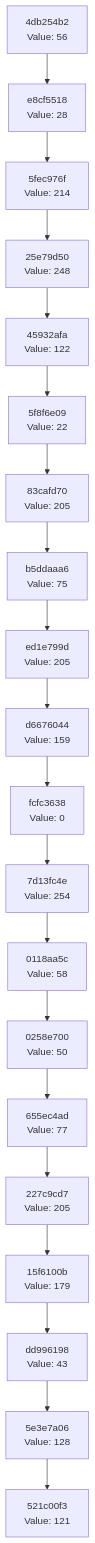
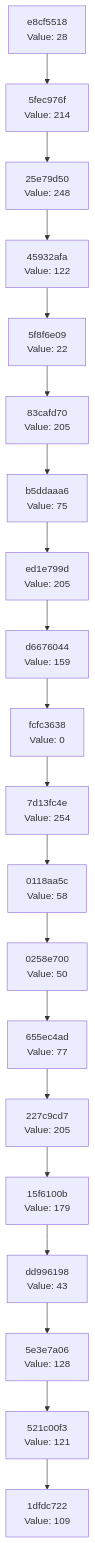
Before and after one commit to Abhisheksinha1506/hash-chain-evolver: the diagram in docs/CHAIN_VISUALIZATION.md, drawn with Mermaid. The commit also changed 2 other files, not shown here.

Commit message:
Evolution Step

````diff
--- a/docs/CHAIN_VISUALIZATION.md
+++ b/docs/CHAIN_VISUALIZATION.md
@@ -3,42 +3,42 @@
 ```mermaid
 graph TD
-    C0["521c00f3<br/>Value: 121"]
-    C1["5e3e7a06<br/>Value: 128"]
+    C0["1dfdc722<br/>Value: 109"]
+    C1["521c00f3<br/>Value: 121"]
     C1 --> C0
-    C2["dd996198<br/>Value: 43"]
+    C2["5e3e7a06<br/>Value: 128"]
     C2 --> C1
-    C3["15f6100b<br/>Value: 179"]
+    C3["dd996198<br/>Value: 43"]
     C3 --> C2
-    C4["227c9cd7<br/>Value: 205"]
+    C4["15f6100b<br/>Value: 179"]
     C4 --> C3
-    C5["655ec4ad<br/>Value: 77"]
+    C5["227c9cd7<br/>Value: 205"]
     C5 --> C4
-    C6["0258e700<br/>Value: 50"]
+    C6["655ec4ad<br/>Value: 77"]
     C6 --> C5
-    C7["0118aa5c<br/>Value: 58"]
+    C7["0258e700<br/>Value: 50"]
     C7 --> C6
-    C8["7d13fc4e<br/>Value: 254"]
+    C8["0118aa5c<br/>Value: 58"]
     C8 --> C7
-    C9["fcfc3638<br/>Value: 0"]
+    C9["7d13fc4e<br/>Value: 254"]
     C9 --> C8
-    C10["d6676044<br/>Value: 159"]
+    C10["fcfc3638<br/>Value: 0"]
     C10 --> C9
-    C11["ed1e799d<br/>Value: 205"]
+    C11["d6676044<br/>Value: 159"]
     C11 --> C10
-    C12["b5ddaaa6<br/>Value: 75"]
+    C12["ed1e799d<br/>Value: 205"]
     C12 --> C11
-    C13["83cafd70<br/>Value: 205"]
+    C13["b5ddaaa6<br/>Value: 75"]
     C13 --> C12
-    C14["5f8f6e09<br/>Value: 22"]
+    C14["83cafd70<br/>Value: 205"]
     C14 --> C13
-    C15["45932afa<br/>Value: 122"]
+    C15["5f8f6e09<br/>Value: 22"]
     C15 --> C14
-    C16["25e79d50<br/>Value: 248"]
+    C16["45932afa<br/>Value: 122"]
     C16 --> C15
-    C17["5fec976f<br/>Value: 214"]
+    C17["25e79d50<br/>Value: 248"]
     C17 --> C16
-    C18["e8cf5518<br/>Value: 28"]
+    C18["5fec976f<br/>Value: 214"]
     C18 --> C17
-    C19["4db254b2<br/>Value: 56"]
+    C19["e8cf5518<br/>Value: 28"]
     C19 --> C18
 ```
````
